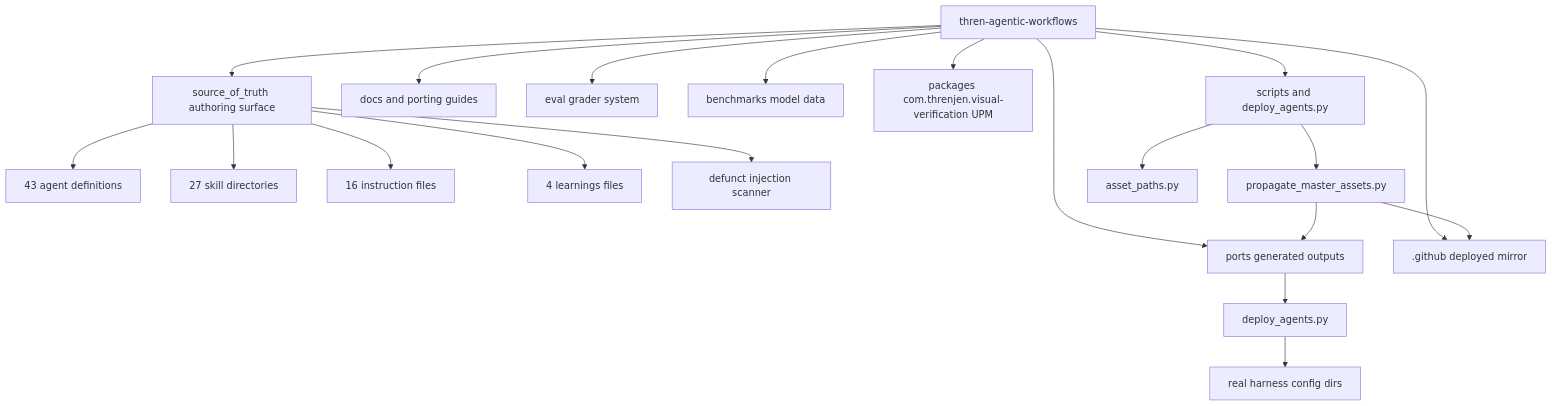
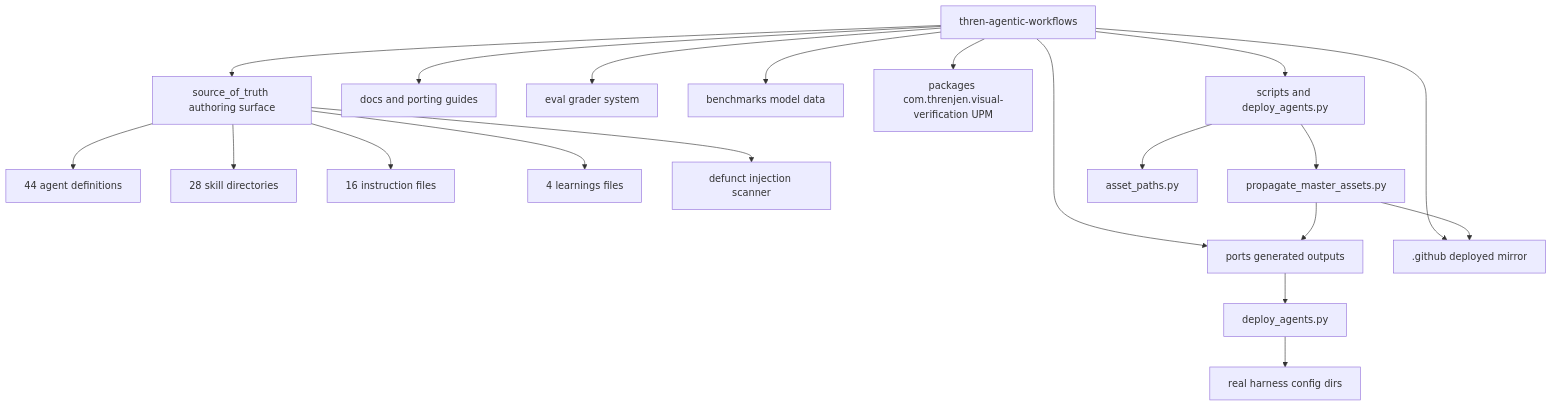
Before and after one commit to threnjen/thren-agentic-workflows: the first of 4 diagrams in docs/ARCHITECTURE.md, drawn with Mermaid. The commit also changed other lines of this file and 2 other files, not shown here.

Commit message:
eval: review 14-engagement-orchestrator-core

````diff
--- a/docs/ARCHITECTURE.md
+++ b/docs/ARCHITECTURE.md
@@ -23,26 +23,26 @@
 ```mermaid
 flowchart TD
     Root[thren-agentic-workflows]
 
     Root --> SOT[source_of_truth authoring surface]
     Root --> Ports[ports generated outputs]
     Root --> DotGithub[.github deployed mirror]
     Root --> Docs[docs and porting guides]
     Root --> Eval[eval grader system]
     Root --> Bench[benchmarks model data]
     Root --> Pkg[packages com.threnjen.visual-verification UPM]
     Root --> Scripts[scripts and deploy_agents.py]
 
-    SOT --> Agents[43 agent definitions]
-    SOT --> Skills[27 skill directories]
+    SOT --> Agents[44 agent definitions]
+    SOT --> Skills[28 skill directories]
     SOT --> Instructions[16 instruction files]
     SOT --> Learnings[4 learnings files]
     SOT --> Hooks[defunct injection scanner]
 
     Scripts --> Propagate[propagate_master_assets.py]
     Scripts --> Shared[asset_paths.py]
     Propagate --> Ports
     Propagate --> DotGithub
     Deploy[deploy_agents.py] --> RealDirs[real harness config dirs]
     Ports --> Deploy
 ```
````
